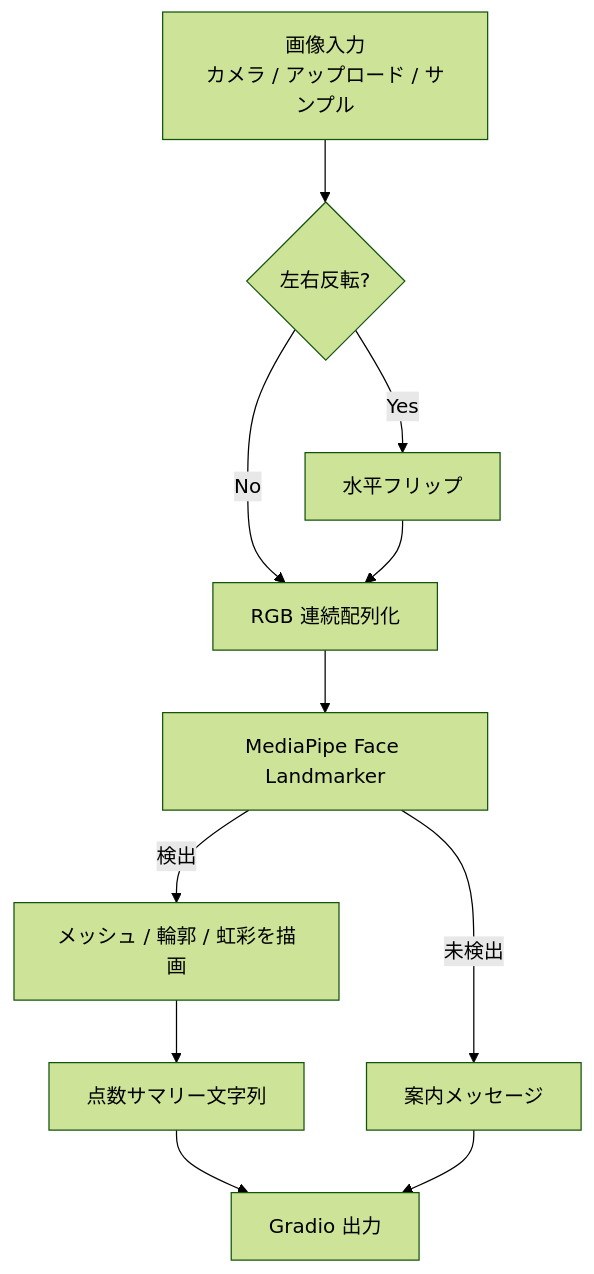
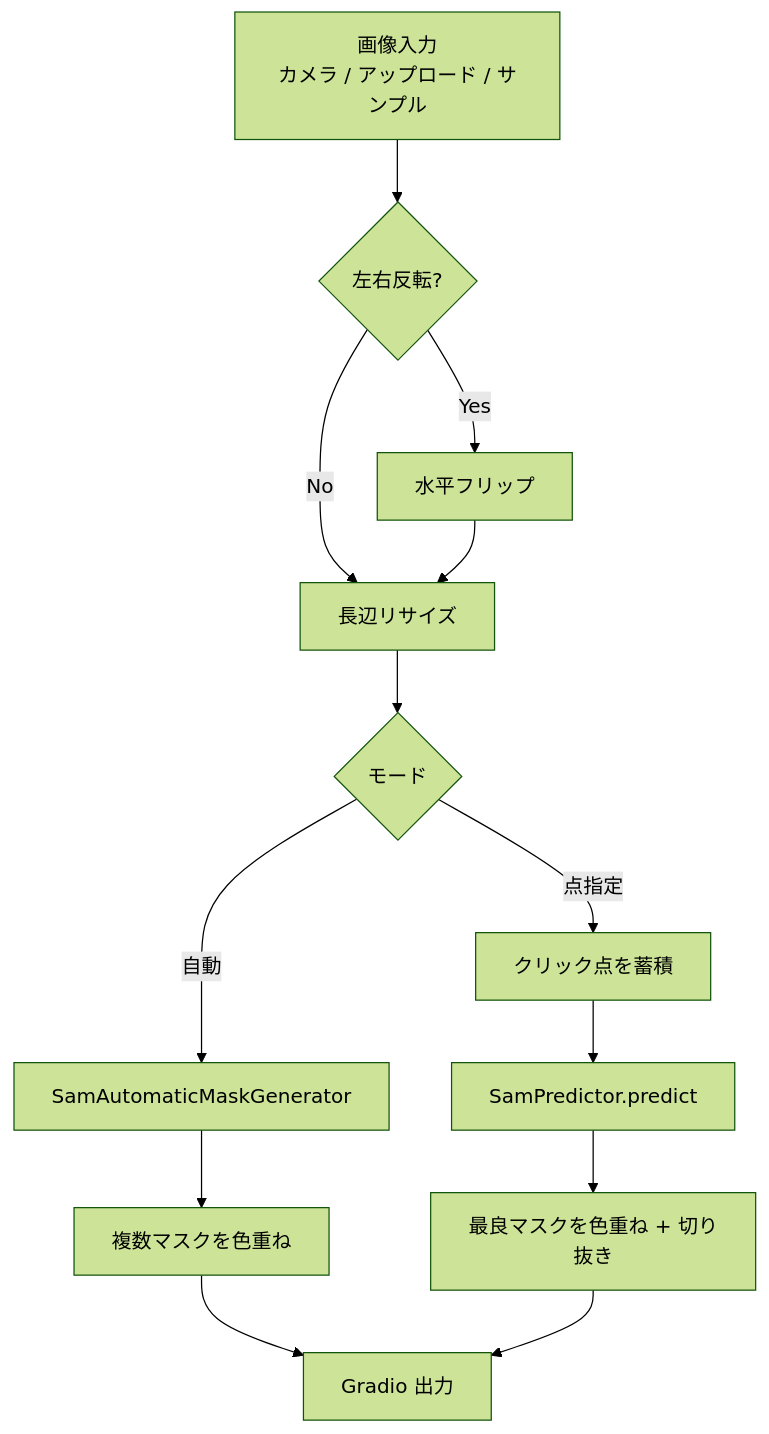
The first of 3 diagrams in document.md (yryo1005/OpenCampus_Demo), drawn with Mermaid (forest theme) before and after one commit. The commit also changed other lines of this file and 3 other files, not shown here.

````diff
--- a/document.md
+++ b/document.md
@@ -32,13 +32,15 @@
 ```mermaid
 flowchart TD
     A[画像入力<br/>カメラ / アップロード / サンプル] --> B{左右反転?}
     B -->|Yes| C[水平フリップ]
-    B -->|No| D[RGB 連続配列化]
+    B -->|No| D[長辺リサイズ]
     C --> D
-    D --> E[MediaPipe Face Landmarker]
-    E -->|未検出| F[案内メッセージ]
-    E -->|検出| G[メッシュ / 輪郭 / 虹彩を描画]
-    G --> H[点数サマリー文字列]
-    H --> I[Gradio 出力]
-    F --> I
+    D --> E{モード}
+    E -->|自動| F[SamAutomaticMaskGenerator]
+    E -->|点指定| G[クリック点を蓄積]
+    G --> H[SamPredictor.predict]
+    F --> I[複数マスクを色重ね]
+    H --> J[最良マスクを色重ね + 切り抜き]
+    I --> K[Gradio 出力]
+    J --> K
 ```
````
